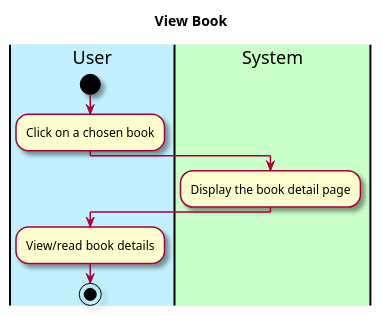
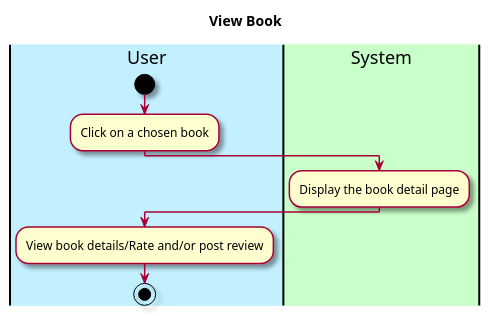
Before and after one commit to Khurshid03/team-2b: the first of 2 diagrams in intellij/doc/use-cases/view-book.md, drawn with PlantUML. The commit also changed other lines of this file and 4 other files, not shown here.

Commit message:
updates the diagrams, added a new iteration plan and finalized the READ.me file

```````diff
--- a/intellij/doc/use-cases/view-book.md
+++ b/intellij/doc/use-cases/view-book.md
@@ -24,24 +24,24 @@
 ```plantuml
 @startuml
 
 skin rose
 
 title View Book
 
 |#application|User|
 |#technology|System|
 
 
 |User|
 start
 :Click on a chosen book;
 
 |System|
 :Display the book detail page;
 
 |User|  
-:View/read book details;
+:View book details/Rate and/or post review;
 stop 
 
 @enduml
 ``````
```````
